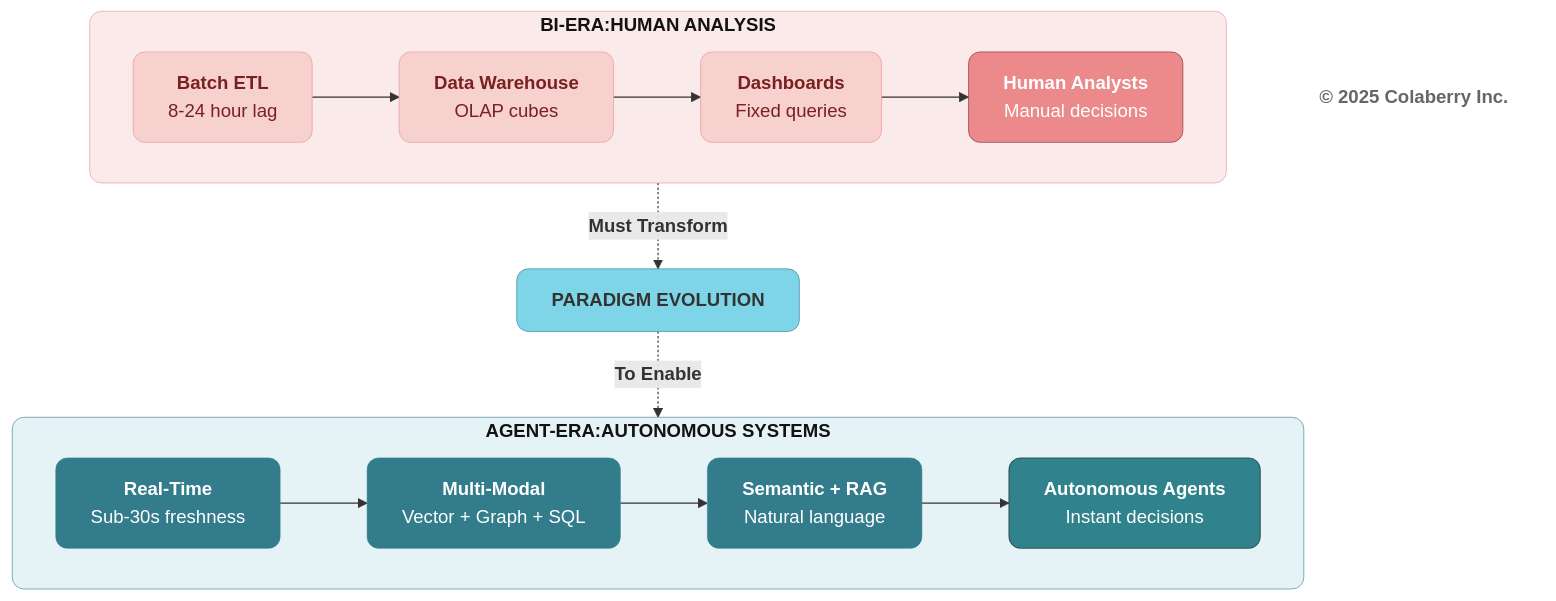
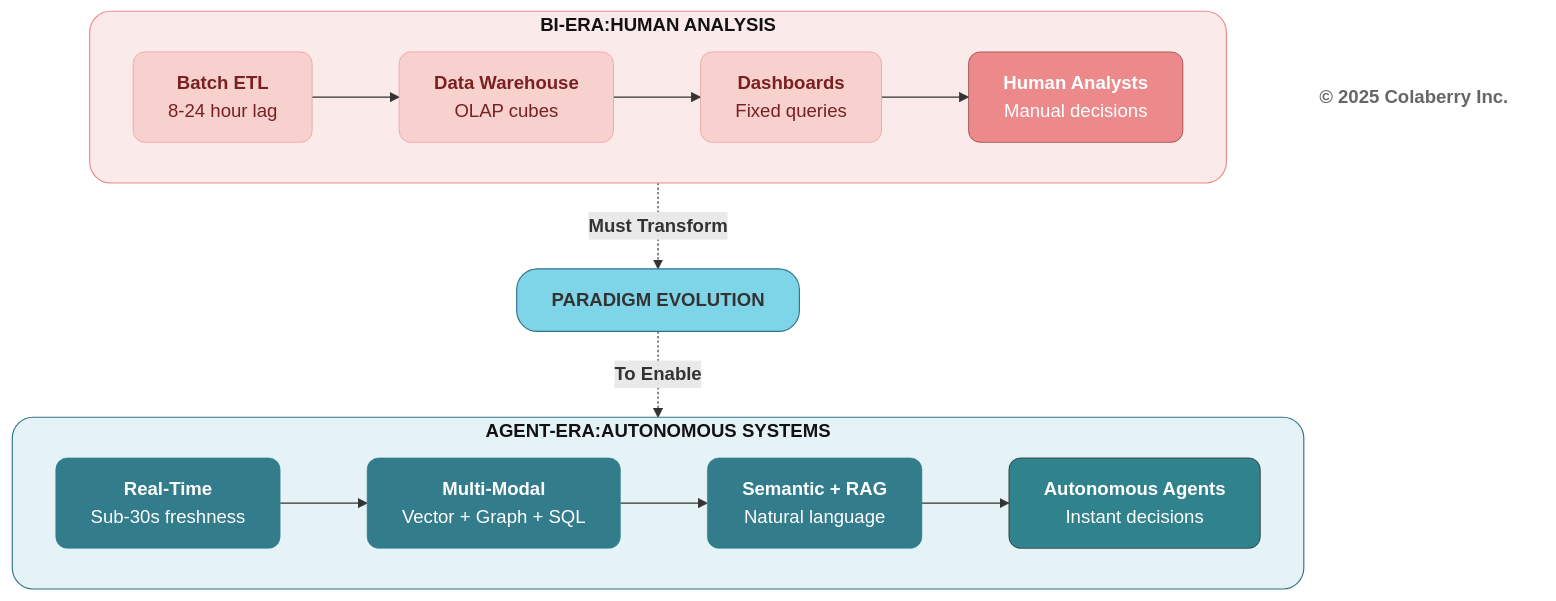
Before and after one commit to saitejesh-cyber/trust-before-intelligence-book: the third of 4 diagrams in manuscript/04_chapter_3_from_bi_to_agent.md, drawn with Mermaid. The commit also changed other lines of this file and 12 other files, not shown here.

````diff
--- a/manuscript/04_chapter_3_from_bi_to_agent.md
+++ b/manuscript/04_chapter_3_from_bi_to_agent.md
@@ -204,48 +204,48 @@
 ```mermaid
 graph TB
     subgraph old["<b>BI-ERA:HUMAN ANALYSIS</b>"]
         direction LR
         O1["<b>Batch ETL</b><br/>8-24 hour lag"]
         O2["<b>Data Warehouse</b><br/>OLAP cubes"]
         O3["<b>Dashboards</b><br/>Fixed queries"]
         O4["<b>Human Analysts</b><br/>Manual decisions"]
         
         O1 --> O2 --> O3 --> O4
     end
     
     Shift["<b>PARADIGM EVOLUTION</b>"]
     
     subgraph new["<b>AGENT-ERA:AUTONOMOUS     SYSTEMS</b>"]
         direction LR
         N1["<b>Real-Time</b><br/>Sub-30s freshness"]
         N2["<b>Multi-Modal</b><br/>Vector + Graph + SQL"]
         N3["<b>Semantic + RAG</b><br/>Natural language"]
         N4["<b>Autonomous Agents</b><br/>Instant decisions"]
         
         N1 --> N2 --> N3 --> N4
     end
 
     old -.->|<b>Must Transform</b>| Shift
     Shift -.->|<b>To Enable</b>| new
 
     %% BI ERA — Problems / Failures (CORAL)
-    style old fill:#FBEAEA,stroke:#EB898B,stroke-width:0.5px,color:#121212,rx:10,ry:10
+    style old fill:#FBEAEA,stroke:#EB898B,stroke-width:1px,color:#121212,rx:18,ry:18
     style O1 fill:#F6D1CE,stroke:#EB898B,stroke-width:0.5px,color:#7A1F22,rx:10,ry:10
     style O2 fill:#F6D1CE,stroke:#EB898B,stroke-width:0.5px,color:#7A1F22,rx:10,ry:10
     style O3 fill:#F6D1CE,stroke:#EB898B,stroke-width:0.5px,color:#7A1F22,rx:10,ry:10
     style O4 fill:#EB898B,color:#ffffff,stroke:#7A1F22,stroke-width:0.5px,rx:10,ry:10
 
     %% TRANSITION — Neutral / Informative (LIGHT CYAN)
-    style Shift fill:#7FD5E8,stroke:#32738C,stroke-width:0.5px,color:#00323,rx:10,ry:10
+    style Shift fill:#7FD5E8,stroke:#32738C,stroke-width:1px,color:#00323,rx:18,ry:18
 
     %% AGENT ERA — Solutions / Modern (TEAL)
-    style new fill:#E6F3F6,stroke:#32738C,stroke-width:0.5px,color:#121212,rx:10,ry:10
+    style new fill:#E6F3F6,stroke:#32738C,stroke-width:1px,color:#121212,rx:18,ry:18
     style N1 fill:#327C8C,stroke:#30838C,stroke-width:0.5px,color:#ffffff,rx:10,ry:10
     style N2 fill:#327C8C,stroke:#30838C,stroke-width:0.5px,color:#ffffff,rx:10,ry:10
     style N3 fill:#327C8C,stroke:#30838C,stroke-width:0.5px,color:#ffffff,rx:10,ry:10
     style N4 fill:#30838C,color:#ffffff,stroke:#0D0D0D,stroke-width:0.5px,rx:10,ry:10
 
     %% COPYRIGHT — Neutral
     Copyright["<b>© 2025 Colaberry Inc.</b>"]
     style Copyright fill:none,stroke:none,color:#666666
 ```
````
